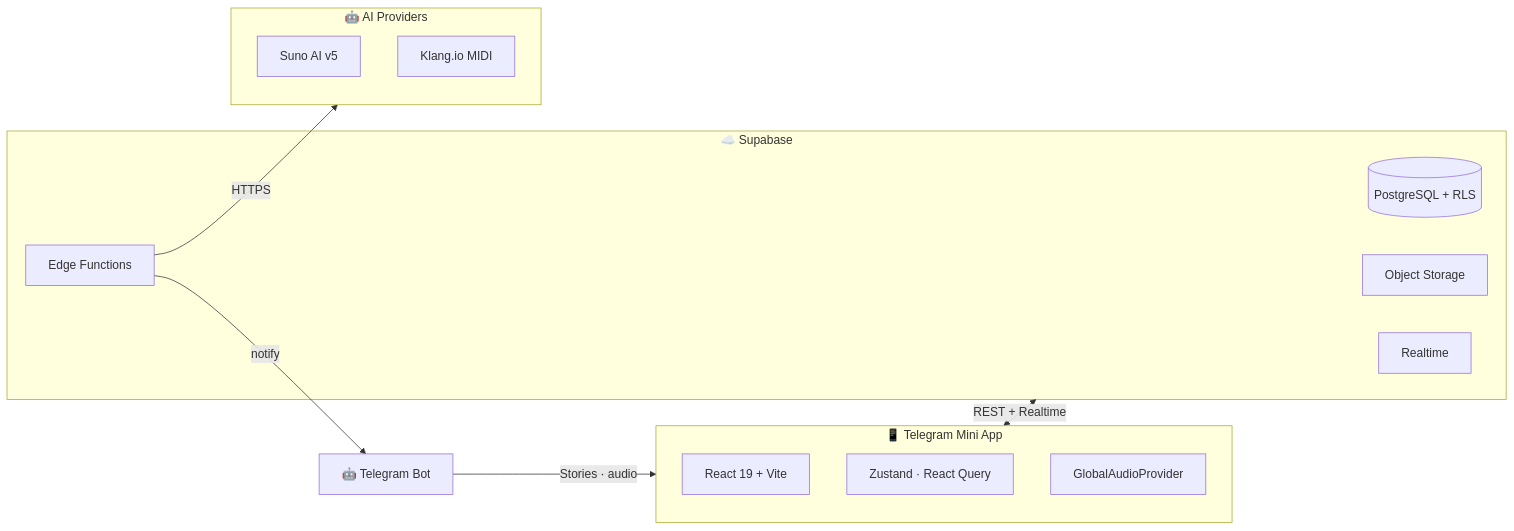
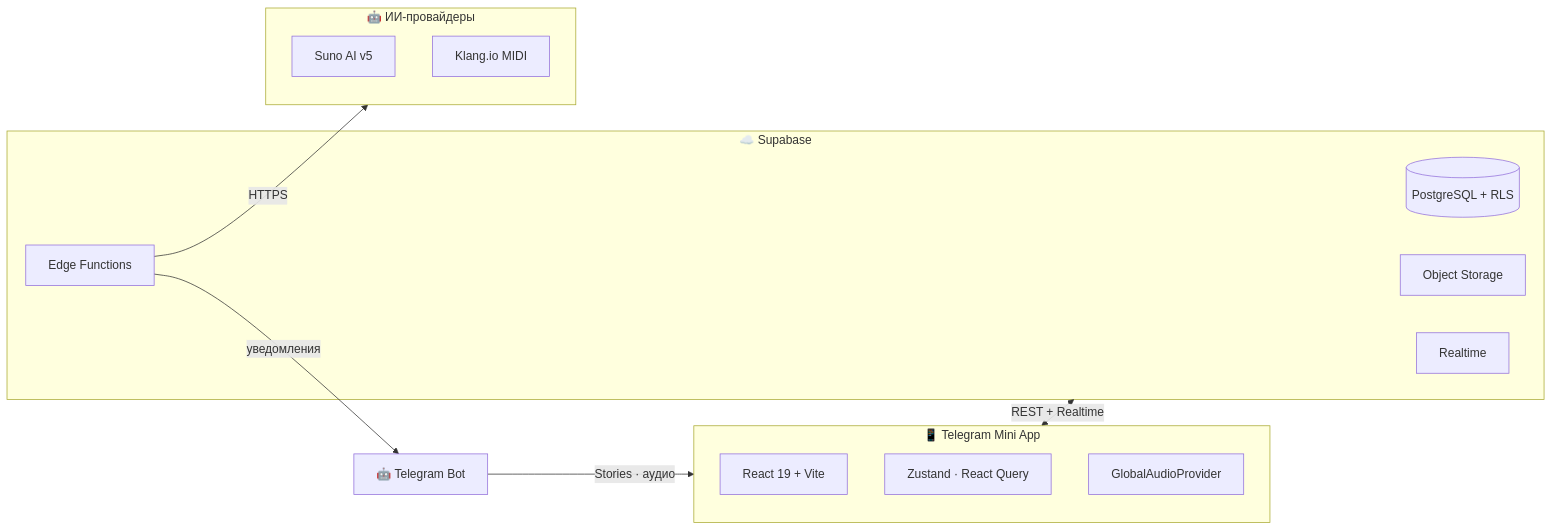
One commit to HOW2AI-AGENCY/aimusicverse changed the first of 2 diagrams in README.md. Above: the diagram before and after it, drawn with Mermaid. The commit also changed other lines of this file and 23 other files, not shown here.

````diff
--- a/README.md
+++ b/README.md
@@ -110,22 +110,22 @@
 ```mermaid
 flowchart LR
     subgraph Client["📱 Telegram Mini App"]
         UI[React 19 + Vite]
         State[Zustand · React Query]
         Audio[GlobalAudioProvider]
     end
     subgraph Cloud["☁️ Supabase"]
         DB[(PostgreSQL + RLS)]
         Edge[Edge Functions]
         Storage[Object Storage]
         Realtime[Realtime]
     end
-    subgraph AI["🤖 AI Providers"]
+    subgraph AI["🤖 ИИ-провайдеры"]
         Suno[Suno AI v5]
         Klang[Klang.io MIDI]
     end
     Client <-->|REST + Realtime| Cloud
     Edge -->|HTTPS| AI
-    Edge -->|notify| Bot[🤖 Telegram Bot]
-    Bot -->|Stories · audio| Client
+    Edge -->|уведомления| Bot[🤖 Telegram Bot]
+    Bot -->|Stories · аудио| Client
 ```
````
